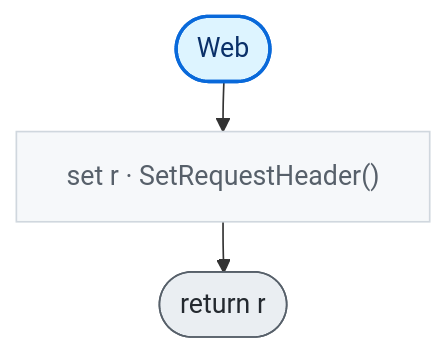
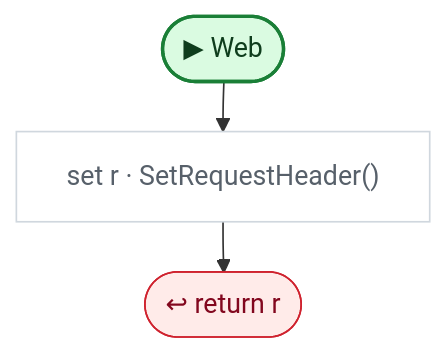
One commit to nataiai/Lord-of-the-Dungeon changed the eighth of 8 diagrams in CodeGraph~/graph/AI/UnifiedChat.cs.md. Above: the diagram before and after it, drawn with Mermaid. The commit also changed other lines of this file and 44 other files, not shown here.

````diff
--- a/CodeGraph~/graph/AI/UnifiedChat.cs.md
+++ b/CodeGraph~/graph/AI/UnifiedChat.cs.md
@@ -420,28 +452,32 @@
 ```mermaid
 ---
 config:
   flowchart:
     wrappingWidth: 260
     nodeSpacing: 26
     rankSpacing: 30
 ---
 flowchart TD
-  nS(["Web"])
+  nS(["▶ Web"])
   n216f81["set r · SetRequestHeader()"]
-  nd48a61(["return r"])
+  nd48a61(["↩ return r"])
   nS --> n216f81
   n216f81 --> nd48a61
-  classDef unity fill:#fff1c2,stroke:#9a6700,stroke-width:2px,color:#3b2300
-  classDef start fill:#ddf4ff,stroke:#0969da,stroke-width:2px,color:#0a3069
-  classDef calc fill:#f6f8fa,stroke:#d0d7de,color:#57606a
-  classDef calls fill:#ffffff,stroke:#0969da,stroke-width:2.5px,color:#0a3069
-  classDef cond fill:#ffffff,stroke:#6e7781,stroke-width:1.5px,color:#1f2328
-  classDef loop fill:#fbefff,stroke:#8250df,color:#3e1f79
-  classDef exit fill:#eaeef2,stroke:#57606a,color:#24292f
-  classDef wait fill:#fff8f0,stroke:#bc4c00,color:#4d1d00
+  classDef unity fill:#dafbe1,stroke:#1a7f37,stroke-width:2px,color:#0f3d1d
+  classDef start fill:#dafbe1,stroke:#1a7f37,stroke-width:2px,color:#0f3d1d
+  classDef calc fill:#ffffff,stroke:#d0d7de,color:#57606a
+  classDef calls fill:#ddf4ff,stroke:#0969da,stroke-width:2px,color:#0a3069
+  classDef ext fill:#ddf4ff,stroke:#0969da,stroke-width:2px,stroke-dasharray:5 3,color:#0a3069
+  classDef cond fill:#fff8c5,stroke:#bf8700,stroke-width:1.5px,color:#3d2a00
+  classDef loop fill:#f6f8fa,stroke:#57606a,color:#1f2328
+  classDef exit fill:#ffebe9,stroke:#cf222e,color:#82071e
+  classDef kill fill:#ffebe9,stroke:#cf222e,stroke-width:2px,color:#82071e
+  classDef spawn fill:#dafbe1,stroke:#1a7f37,stroke-width:2px,color:#0f3d1d
+  classDef wait fill:#fff1e5,stroke:#bc4c00,color:#4d1d00
   classDef fin fill:#eaeef2,stroke:#8c959f,color:#57606a
   classDef join fill:#d0d7de,stroke:#8c959f,color:#57606a
+  classDef ghdr fill:#f5f9ff,stroke:#f5f9ff,color:#0a3069,font-weight:bold
   class n216f81 calc
   class nd48a61 exit
   class nS start
 ```
````
